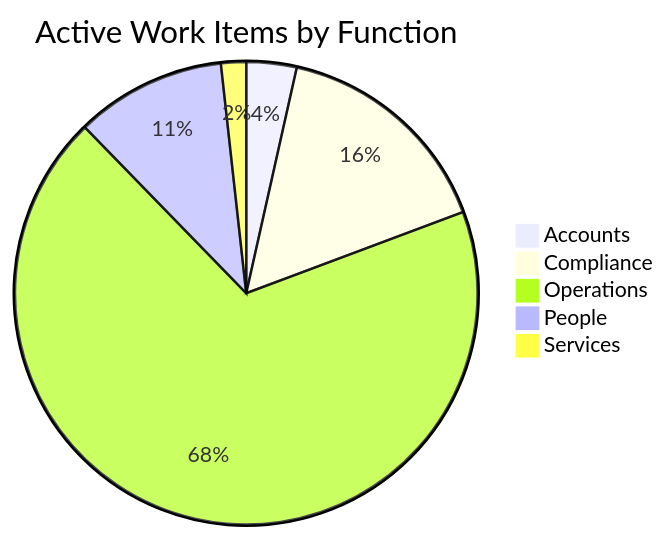
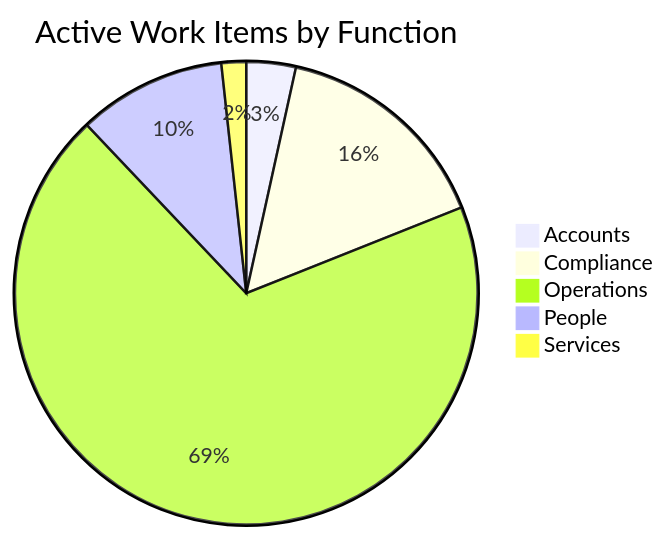
Before and after one commit to mgosal/5et.uk: the first of 3 diagrams in dashboard.md, drawn with Mermaid. The commit also changed other lines of this file and 3 other files, not shown here.

````diff
--- a/dashboard.md
+++ b/dashboard.md
@@ -170,8 +196,8 @@
 ```mermaid
 pie title Active Work Items by Function
     "Accounts" : 2
     "Compliance" : 9
-    "Operations" : 39
+    "Operations" : 40
     "People" : 6
     "Services" : 1
 ```
````
